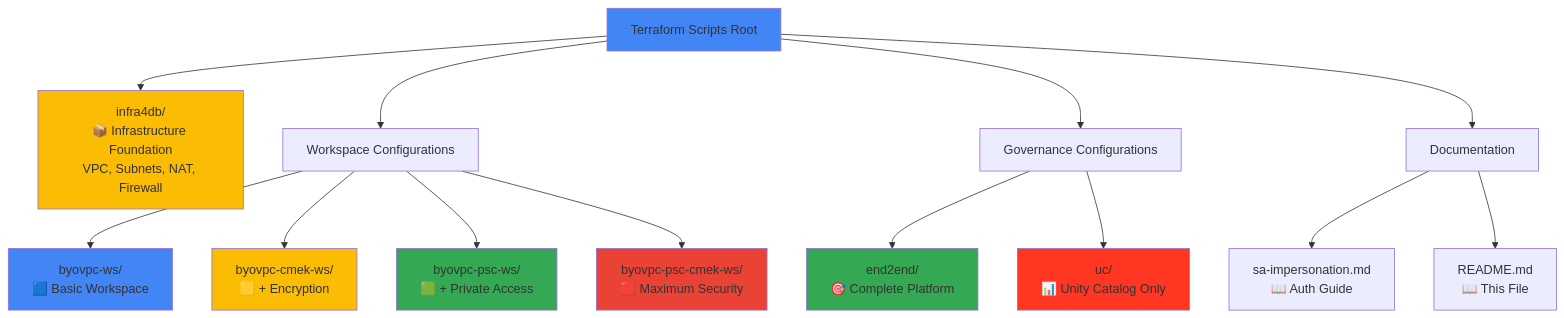
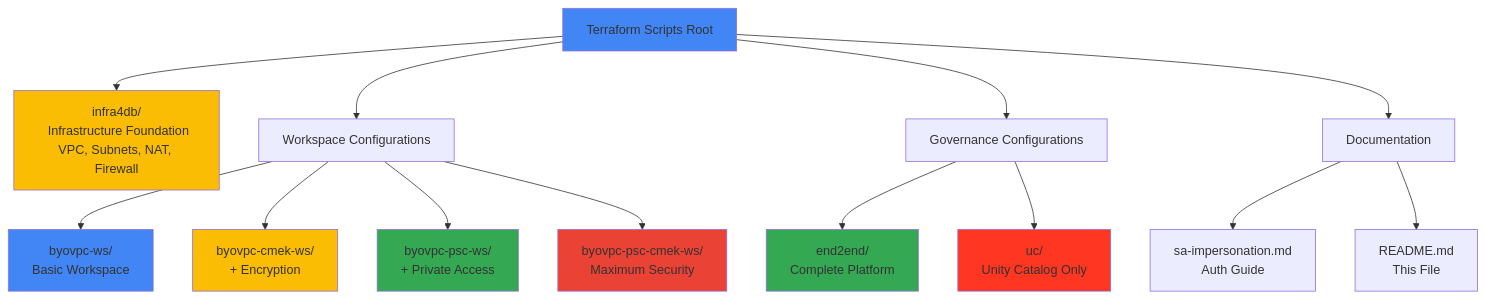
Before and after one commit to bhavink/databricks: the first of 15 diagrams in gcpdb4u/templates/terraform-scripts/readme.md, drawn with Mermaid. The commit also changed other lines of this file and 81 other files, not shown here.

````diff
--- a/gcpdb4u/templates/terraform-scripts/readme.md
+++ b/gcpdb4u/templates/terraform-scripts/readme.md
@@ -41,29 +41,29 @@
 ```mermaid
 graph TB
     ROOT[Terraform Scripts Root]
 
-    ROOT --> INFRA[infra4db/<br/>📦 Infrastructure Foundation<br/>VPC, Subnets, NAT, Firewall]
+    ROOT --> INFRA[infra4db/<br/> Infrastructure Foundation<br/>VPC, Subnets, NAT, Firewall]
 
     ROOT --> WS_GROUP[Workspace Configurations]
-    WS_GROUP --> BASIC[byovpc-ws/<br/>🟦 Basic Workspace]
-    WS_GROUP --> CMEK[byovpc-cmek-ws/<br/>🟨 + Encryption]
-    WS_GROUP --> PSC[byovpc-psc-ws/<br/>🟩 + Private Access]
-    WS_GROUP --> SECURE[byovpc-psc-cmek-ws/<br/>🟥 Maximum Security]
+    WS_GROUP --> BASIC[byovpc-ws/<br/> Basic Workspace]
+    WS_GROUP --> CMEK[byovpc-cmek-ws/<br/> + Encryption]
+    WS_GROUP --> PSC[byovpc-psc-ws/<br/> + Private Access]
+    WS_GROUP --> SECURE[byovpc-psc-cmek-ws/<br/> Maximum Security]
 
     ROOT --> GOV_GROUP[Governance Configurations]
-    GOV_GROUP --> E2E[end2end/<br/>🎯 Complete Platform]
-    GOV_GROUP --> UC[uc/<br/>📊 Unity Catalog Only]
+    GOV_GROUP --> E2E[end2end/<br/> Complete Platform]
+    GOV_GROUP --> UC[uc/<br/> Unity Catalog Only]
 
     ROOT --> DOCS[Documentation]
-    DOCS --> SA_DOC[sa-impersonation.md<br/>📖 Auth Guide]
-    DOCS --> README[README.md<br/>📖 This File]
+    DOCS --> SA_DOC[sa-impersonation.md<br/> Auth Guide]
+    DOCS --> README[README.md<br/> This File]
 
     style ROOT fill:#4285F4
     style INFRA fill:#FBBC04
     style BASIC fill:#4285F4
     style CMEK fill:#FBBC04
     style PSC fill:#34A853
     style SECURE fill:#EA4335
     style E2E fill:#34A853
     style UC fill:#FF3621
 ```
````
